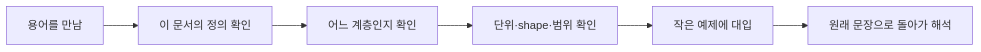
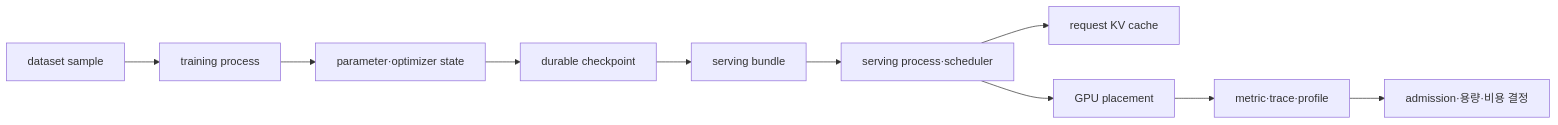
The diagram in ai/learning/ai-infrastructure/12-glossary.md (mj006648/netai-devsecops-runbook), drawn with Mermaid before and after one commit. The commit also changed other lines of this file and 62 other files, not shown here.

````diff
--- a/ai/learning/ai-infrastructure/12-glossary.md
+++ b/ai/learning/ai-infrastructure/12-glossary.md
@@ -7,8 +7,12 @@
 ```mermaid
 flowchart LR
-    T[용어를 만남] --> D[이 문서의 정의 확인]
-    D --> L[어느 계층인지 확인]
-    L --> U[단위·shape·범위 확인]
-    U --> E[작은 예제에 대입]
-    E --> C[원래 문장으로 돌아가 해석]
+  D[dataset sample] --> T[training process]
+  T --> P[parameter·optimizer state]
+  P --> C[durable checkpoint]
+  C --> B[serving bundle]
+  B --> S[serving process·scheduler]
+  S --> K[request KV cache]
+  S --> G[GPU placement]
+  G --> O[metric·trace·profile]
+  O --> A[admission·용량·비용 결정]
 ```
````
